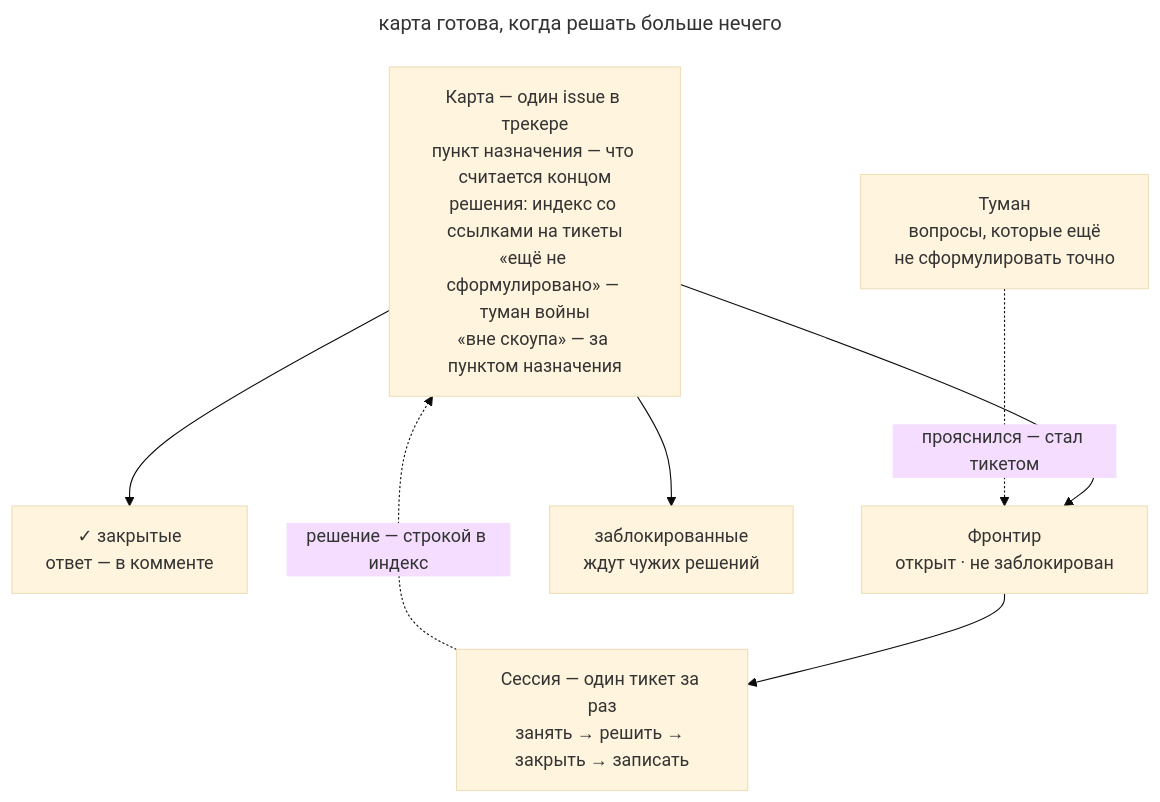
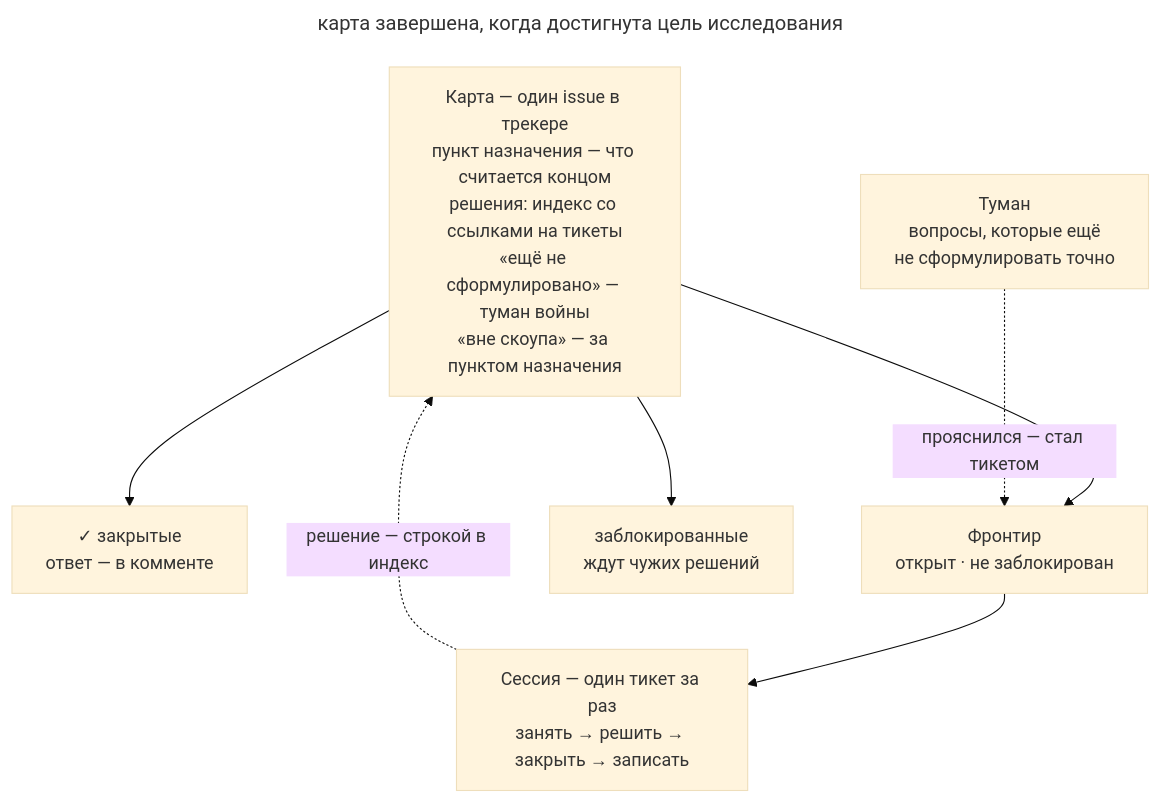
Before and after one commit to Rastavelli/agentic-coding-design-patterns: the diagram in book/ru/wayfinder.md, drawn with Mermaid (base theme). The commit also changed other lines of this file and 24 other files, not shown here.

Commit message:
docs: finish Russian prose review and align diagram captions

````diff
--- a/book/ru/wayfinder.md
+++ b/book/ru/wayfinder.md
@@ -79,18 +48,18 @@
 ```mermaid
 ---
-title: карта готова, когда решать больше нечего
+title: карта завершена, когда достигнута цель исследования
 ---
 flowchart TB
   map["Карта — один issue в трекере<br/>пункт назначения — что считается концом<br/>решения: индекс со ссылками на тикеты<br/>«ещё не сформулировано» — туман войны<br/>«вне скоупа» — за пунктом назначения"]:::accent
   fog["Туман<br/>вопросы, которые ещё<br/>не сформулировать точно"]:::muted
   closed["✓ закрытые<br/>ответ — в комменте"]
   frontier["Фронтир<br/>открыт · не заблокирован"]:::accent
   blocked["заблокированные<br/>ждут чужих решений"]:::muted
   session["Сессия — один тикет за раз<br/>занять → решить → закрыть → записать"]
   map --> closed
   map --> frontier
   map --> blocked
   fog -. "прояснился — стал тикетом" .-> frontier
   frontier --> session
   session -. "решение — строкой в индекс" .-> map
 ```
````
